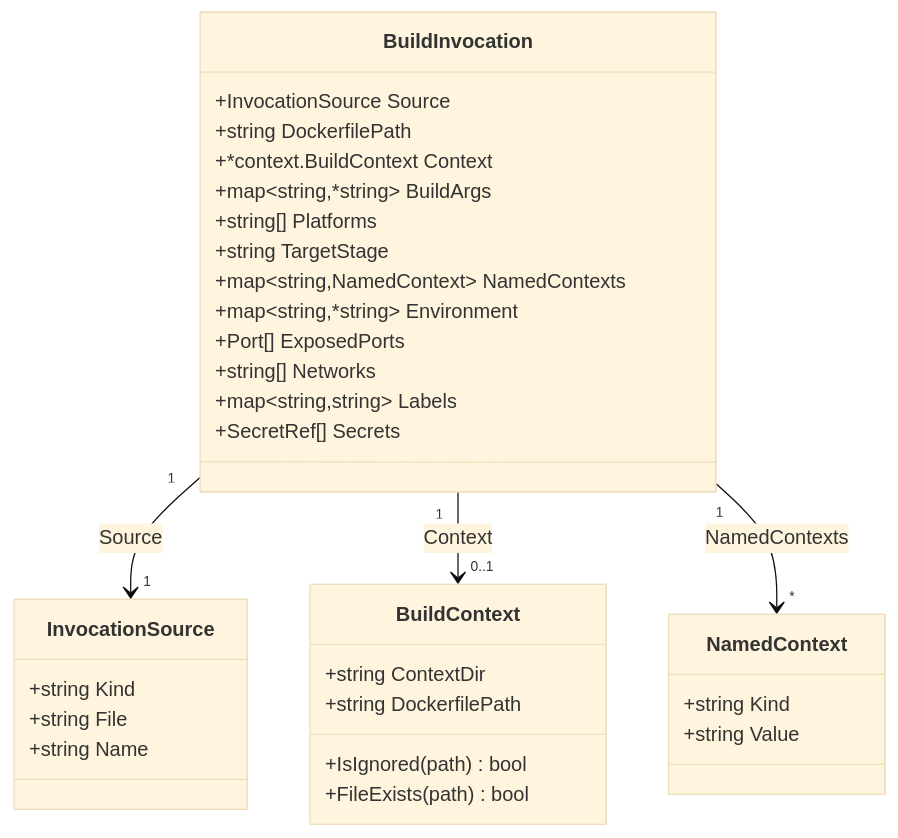
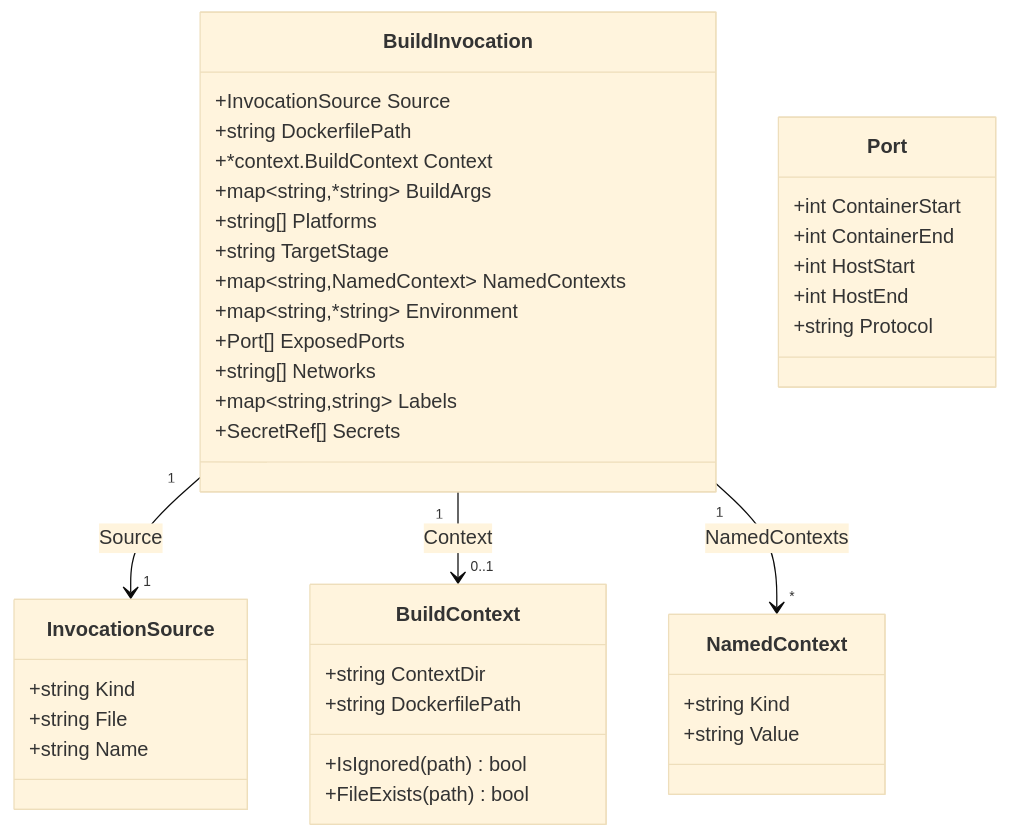
Before and after one commit to wharflab/tally: the first of 5 diagrams in design-docs/38-buildinvocation-bake.md, drawn with Mermaid (base theme). The commit also changed other lines of this file, not shown here.

First line of the commit message:
docs: make Port range-aware (ContainerStart/End + HostStart/End)

````diff
--- a/design-docs/38-buildinvocation-bake.md
+++ b/design-docs/38-buildinvocation-bake.md
@@ -117,35 +117,42 @@
 ```mermaid
 classDiagram
     class BuildInvocation {
         +InvocationSource Source
         +string DockerfilePath
         +*context.BuildContext Context
         +map~string,*string~ BuildArgs
         +string[] Platforms
         +string TargetStage
         +map~string,NamedContext~ NamedContexts
         +map~string,*string~ Environment
         +Port[] ExposedPorts
         +string[] Networks
         +map~string,string~ Labels
         +SecretRef[] Secrets
+    }
+    class Port {
+        +int ContainerStart
+        +int ContainerEnd
+        +int HostStart
+        +int HostEnd
+        +string Protocol
     }
     class InvocationSource {
         +string Kind
         +string File
         +string Name
     }
     class NamedContext {
         +string Kind
         +string Value
     }
     class BuildContext {
         +string ContextDir
         +string DockerfilePath
         +IsIgnored(path) bool
         +FileExists(path) bool
     }
     BuildInvocation "1" --> "1" InvocationSource : Source
     BuildInvocation "1" --> "0..1" BuildContext : Context
     BuildInvocation "1" --> "*" NamedContext : NamedContexts
 ```
````
